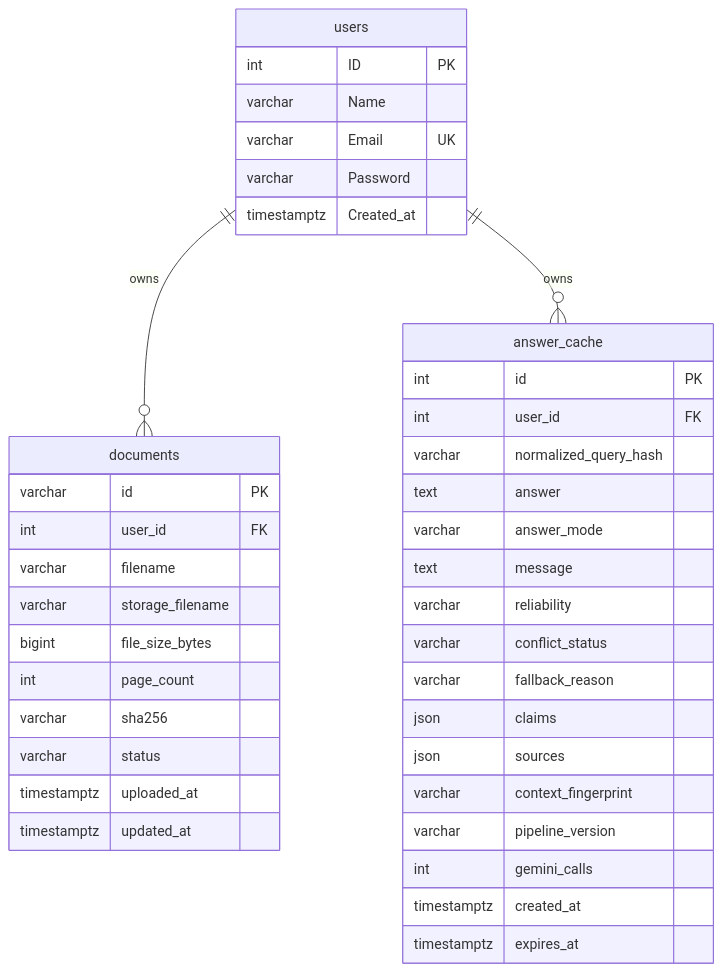
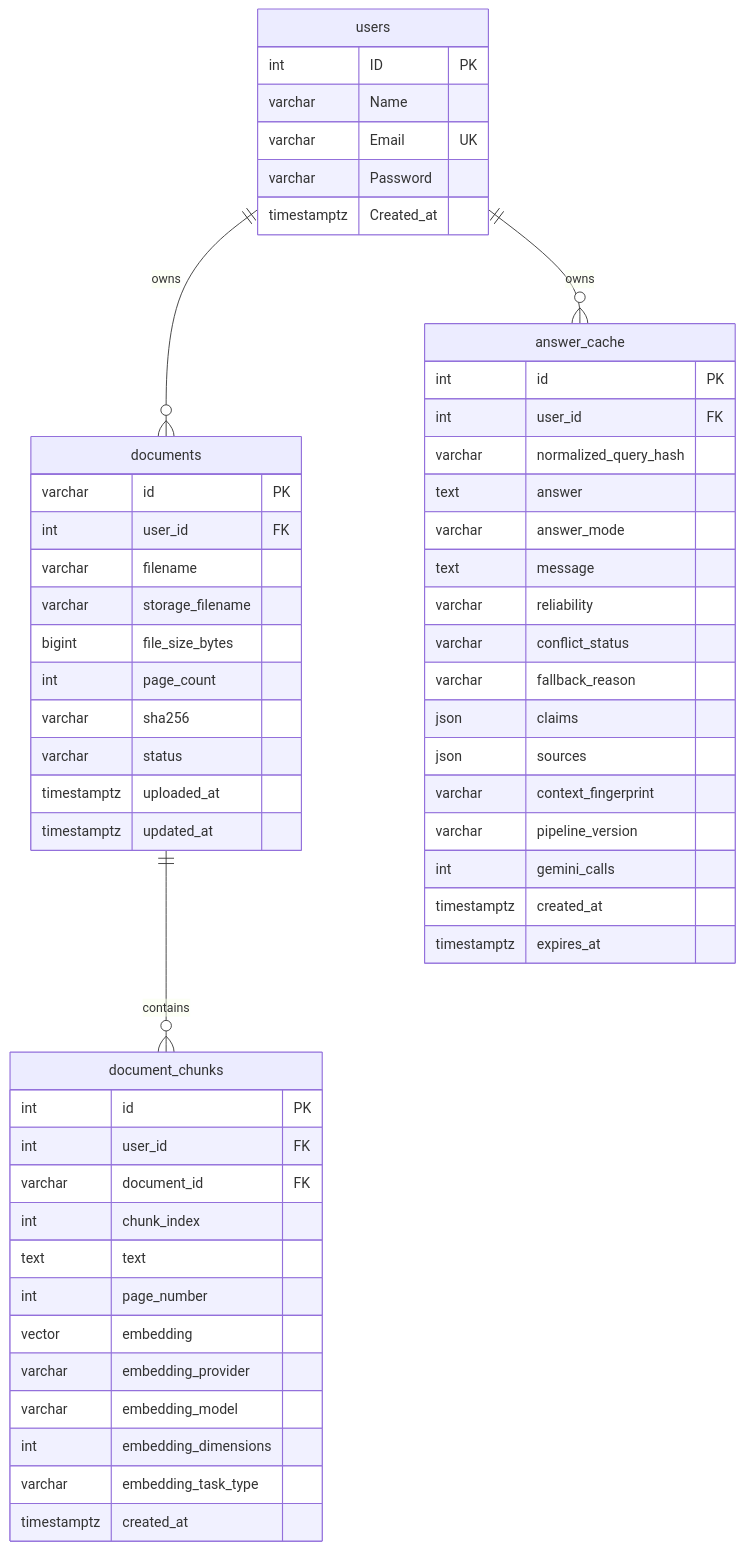
One commit to udayankar/Personalized-AI-Learning-Assistant changed the second of 2 diagrams in README-technical.md. Above: the diagram before and after it, drawn with Mermaid. The commit also changed other lines of this file and 38 other files, not shown here.

````diff
--- a/README-technical.md
+++ b/README-technical.md
@@ -237,45 +234,61 @@
 ```mermaid
 erDiagram
     users ||--o{ documents : owns
+    documents ||--o{ document_chunks : contains
     users ||--o{ answer_cache : owns
 
     users {
         int ID PK
         varchar Name
         varchar Email UK
         varchar Password
         timestamptz Created_at
     }
 
     documents {
         varchar id PK
         int user_id FK
         varchar filename
         varchar storage_filename
         bigint file_size_bytes
         int page_count
         varchar sha256
         varchar status
         timestamptz uploaded_at
         timestamptz updated_at
     }
 
+    document_chunks {
+        int id PK
+        int user_id FK
+        varchar document_id FK
+        int chunk_index
+        text text
+        int page_number
+        vector embedding
+        varchar embedding_provider
+        varchar embedding_model
+        int embedding_dimensions
+        varchar embedding_task_type
+        timestamptz created_at
+    }
+
     answer_cache {
         int id PK
         int user_id FK
         varchar normalized_query_hash
         text answer
         varchar answer_mode
         text message
         varchar reliability
         varchar conflict_status
         varchar fallback_reason
         json claims
         json sources
         varchar context_fingerprint
         varchar pipeline_version
         int gemini_calls
         timestamptz created_at
         timestamptz expires_at
     }
 ```
````
